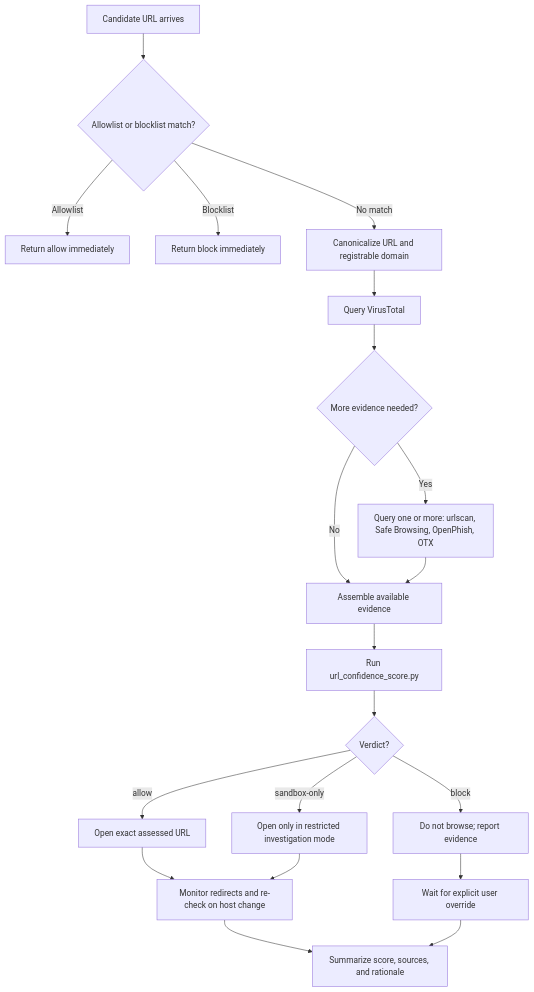
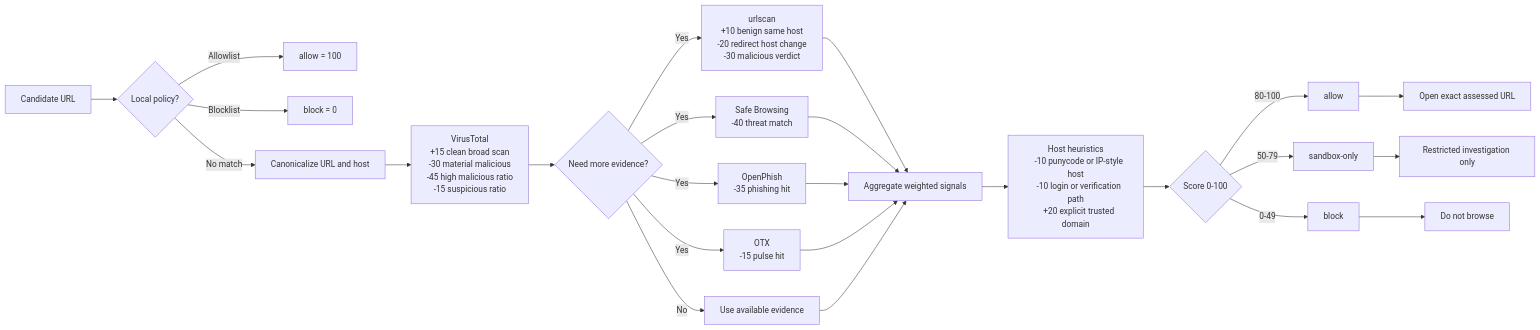
Before and after one commit to AlexCalz/safe-web-confidence-protocol: the diagram in README.md, drawn with Mermaid. The commit also changed other lines of this file and 1 other file, not shown here.

Commit message:
Compact protocol diagram and show weights

````diff
--- a/README.md
+++ b/README.md
@@ -20,22 +20,40 @@
 ```mermaid
-flowchart TD
-    A["Candidate URL arrives"] --> B{"Allowlist or blocklist match?"}
-    B -->|Allowlist| C["Return allow immediately"]
-    B -->|Blocklist| D["Return block immediately"]
-    B -->|No match| E["Canonicalize URL and registrable domain"]
-    E --> F["Query VirusTotal"]
-    F --> G{"More evidence needed?"}
-    G -->|Yes| H["Query one or more: urlscan, Safe Browsing, OpenPhish, OTX"]
-    G -->|No| I["Assemble available evidence"]
-    H --> I
-    I --> J["Run url_confidence_score.py"]
-    J --> K{"Verdict?"}
-    K -->|allow| L["Open exact assessed URL"]
-    K -->|sandbox-only| M["Open only in restricted investigation mode"]
-    K -->|block| N["Do not browse; report evidence"]
-    L --> O["Monitor redirects and re-check on host change"]
-    M --> O
-    N --> P["Wait for explicit user override"]
-    O --> Q["Summarize score, sources, and rationale"]
-    P --> Q
+flowchart LR
+    A["Candidate URL"] --> B{"Local policy?"}
+    B -->|Allowlist| C["allow = 100"]
+    B -->|Blocklist| D["block = 0"]
+    B -->|No match| E["Canonicalize URL and host"]
+    E --> F["VirusTotal
+    +15 clean broad scan
+    -30 material malicious
+    -45 high malicious ratio
+    -15 suspicious ratio"]
+    F --> G{"Need more evidence?"}
+    G -->|Yes| H["urlscan
+    +10 benign same host
+    -20 redirect host change
+    -30 malicious verdict"]
+    G -->|Yes| I["Safe Browsing
+    -40 threat match"]
+    G -->|Yes| J["OpenPhish
+    -35 phishing hit"]
+    G -->|Yes| K["OTX
+    -15 pulse hit"]
+    G -->|No| L["Use available evidence"]
+    H --> M["Aggregate weighted signals"]
+    I --> M
+    J --> M
+    K --> M
+    L --> M
+    M --> N["Host heuristics
+    -10 punycode or IP-style host
+    -10 login or verification path
+    +20 explicit trusted domain"]
+    N --> O{"Score 0-100"}
+    O -->|80-100| P["allow"]
+    O -->|50-79| Q["sandbox-only"]
+    O -->|0-49| R["block"]
+    P --> S["Open exact assessed URL"]
+    Q --> T["Restricted investigation only"]
+    R --> U["Do not browse"]
 ```
````
